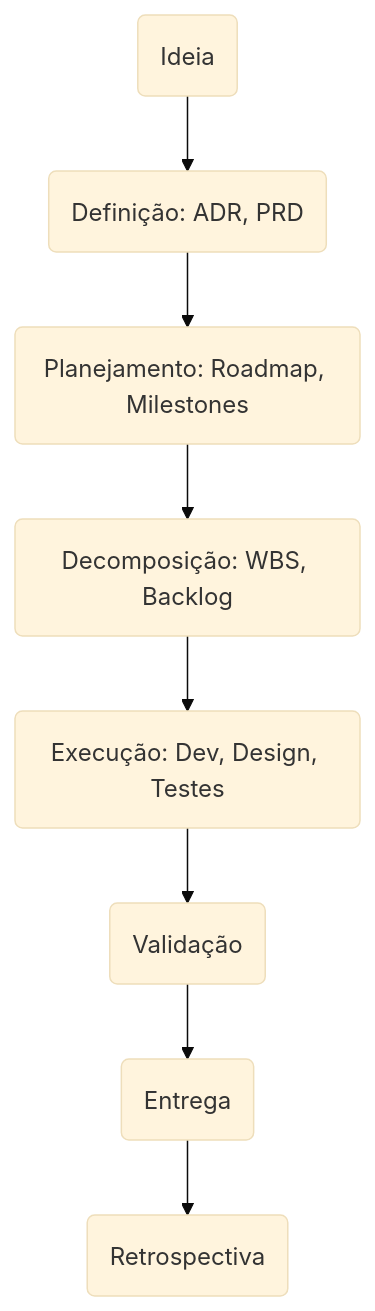
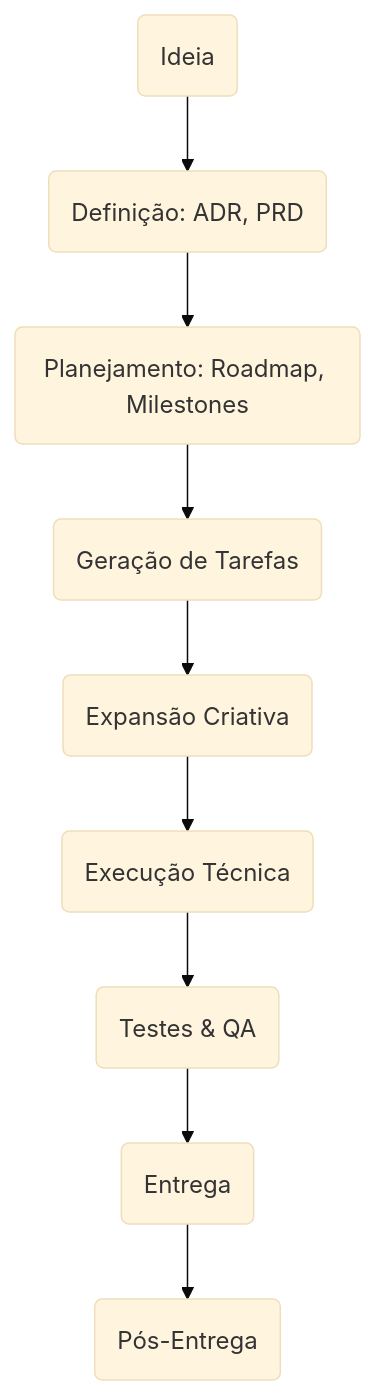
Before and after one commit to ekson73/kosmologogenesis: the second of 2 diagrams in docs/roo-taskmaster-integration-plan.md, drawn with Mermaid (base theme). The commit also changed other lines of this file and 2 other files, not shown here.

````diff
--- a/docs/roo-taskmaster-integration-plan.md
+++ b/docs/roo-taskmaster-integration-plan.md
@@ -144,12 +197,13 @@
 ```mermaid
 flowchart TD
     A(Ideia)
     B(Definição: ADR, PRD)
     C(Planejamento: Roadmap, Milestones)
-    D(Decomposição: WBS, Backlog)
-    E(Execução: Dev, Design, Testes)
-    F(Validação)
-    G(Entrega)
-    H(Retrospectiva)
-    A --> B --> C --> D --> E --> F --> G --> H
+    D(Geração de Tarefas)
+    E(Expansão Criativa)
+    F(Execução Técnica)
+    G(Testes & QA)
+    H(Entrega)
+    I(Pós-Entrega)
+    A --> B --> C --> D --> E --> F --> G --> H --> I
 ```
````
